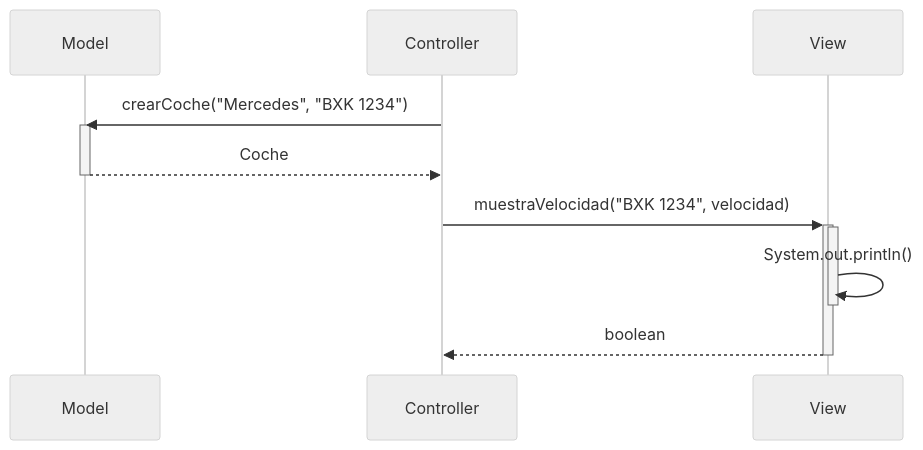
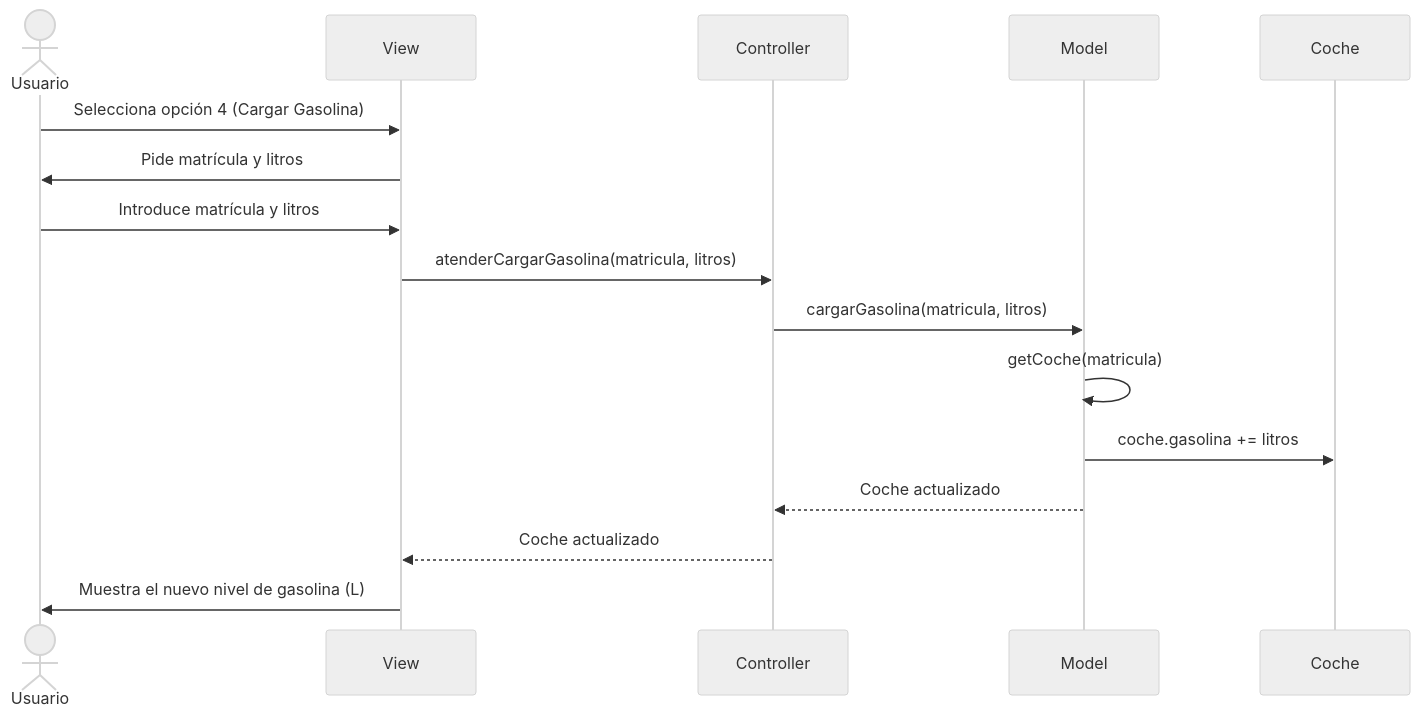
One commit to mmillanpelaez-bot/COD-MVC-coches changed the third of 3 diagrams in README.md. Above: the diagram before and after it, drawn with Mermaid (neutral theme). The commit also changed other lines of this file, not shown here.

Commit message:
actualizo README con diagramas de secuencia de avanzar y cargar gasolina

````diff
--- a/README.md
+++ b/README.md
@@ -57,15 +78,19 @@
 ```mermaid
 sequenceDiagram
+    actor Usuario
+    participant View
+    participant Controller
     participant Model
-    participant Controller
-    participant View
-    Controller->>Model: crearCoche("Mercedes", "BXK 1234")
-    activate Model
-    Model-->>Controller: Coche
-    deactivate Model
-    Controller->>+View: muestraVelocidad("BXK 1234", velocidad)
-    activate View
-    View->>-View: System.out.println()
-    View-->>Controller: boolean
-    deactivate View
+    participant Coche
+
+    Usuario->>View: Selecciona opción 4 (Cargar Gasolina)
+    View->>Usuario: Pide matrícula y litros
+    Usuario->>View: Introduce matrícula y litros
+    View->>Controller: atenderCargarGasolina(matricula, litros)
+    Controller->>Model: cargarGasolina(matricula, litros)
+    Model->>Model: getCoche(matricula)
+    Model->>Coche: coche.gasolina += litros
+    Model-->>Controller: Coche actualizado
+    Controller-->>View: Coche actualizado
+    View->>Usuario: Muestra el nuevo nivel de gasolina (L)
 ```
````
